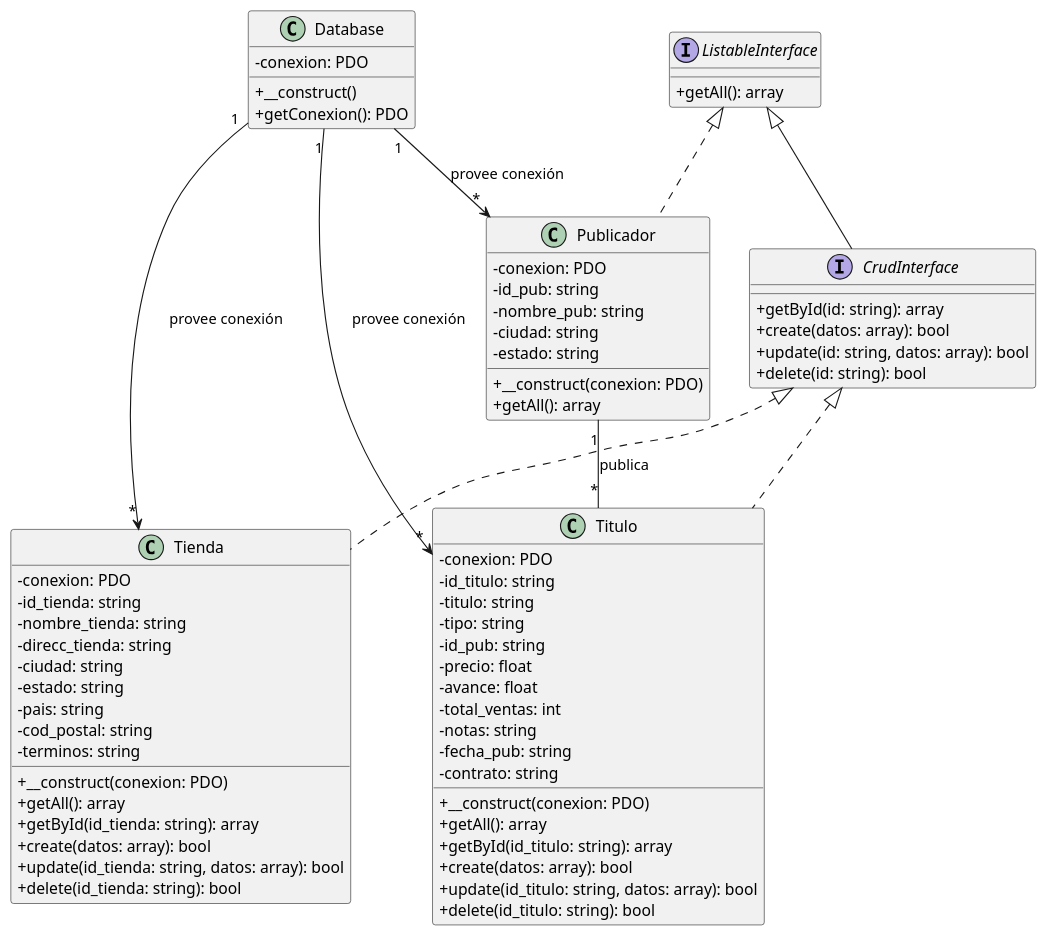
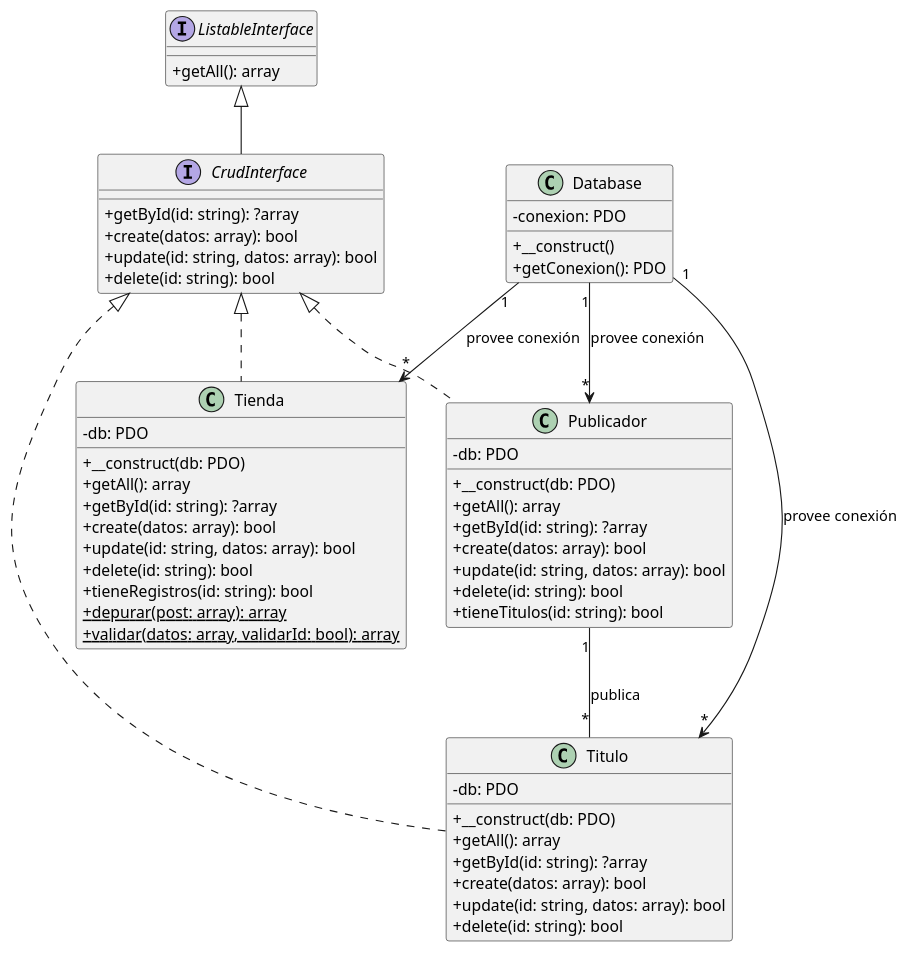
One commit to viloriorosa09-dot/bookmanager changed the diagram in docs/uml/diagrama-clases.puml. Above: the diagram before and after it, drawn with PlantUML.

Commit message:
Refactor class and interface definitions in UML diagram

```diff
--- a/docs/uml/diagrama-clases.puml
+++ b/docs/uml/diagrama-clases.puml
@@ -1,78 +1,64 @@
 @startuml
 skinparam classAttributeIconSize 0
 
 interface ListableInterface {
   +getAll(): array
 }
 
 interface CrudInterface {
-  +getById(id: string): array
+  +getById(id: string): ?array
   +create(datos: array): bool
   +update(id: string, datos: array): bool
   +delete(id: string): bool
 }
 
 class Database {
   -conexion: PDO
   +__construct()
   +getConexion(): PDO
 }
 
 class Tienda {
-  -conexion: PDO
-  -id_tienda: string
-  -nombre_tienda: string
-  -direcc_tienda: string
-  -ciudad: string
-  -estado: string
-  -pais: string
-  -cod_postal: string
-  -terminos: string
-  +__construct(conexion: PDO)
+  -db: PDO
+  +__construct(db: PDO)
   +getAll(): array
-  +getById(id_tienda: string): array
+  +getById(id: string): ?array
   +create(datos: array): bool
-  +update(id_tienda: string, datos: array): bool
-  +delete(id_tienda: string): bool
+  +update(id: string, datos: array): bool
+  +delete(id: string): bool
+  +tieneRegistros(id: string): bool
+  +{static} depurar(post: array): array
+  +{static} validar(datos: array, validarId: bool): array
+}
+
+class Publicador {
+  -db: PDO
+  +__construct(db: PDO)
+  +getAll(): array
+  +getById(id: string): ?array
+  +create(datos: array): bool
+  +update(id: string, datos: array): bool
+  +delete(id: string): bool
+  +tieneTitulos(id: string): bool
 }
 
 class Titulo {
-  -conexion: PDO
-  -id_titulo: string
-  -titulo: string
-  -tipo: string
-  -id_pub: string
-  -precio: float
-  -avance: float
-  -total_ventas: int
-  -notas: string
-  -fecha_pub: string
-  -contrato: string
-  +__construct(conexion: PDO)
+  -db: PDO
+  +__construct(db: PDO)
   +getAll(): array
-  +getById(id_titulo: string): array
+  +getById(id: string): ?array
   +create(datos: array): bool
-  +update(id_titulo: string, datos: array): bool
-  +delete(id_titulo: string): bool
-}
-
-class Publicador {
-  -conexion: PDO
-  -id_pub: string
-  -nombre_pub: string
-  -ciudad: string
-  -estado: string
-  +__construct(conexion: PDO)
-  +getAll(): array
+  +update(id: string, datos: array): bool
+  +delete(id: string): bool
 }
 
 ListableInterface <|-- CrudInterface
 CrudInterface <|.. Tienda
+CrudInterface <|.. Publicador
 CrudInterface <|.. Titulo
-ListableInterface <|.. Publicador
 
 Database "1" --> "*" Tienda : provee conexión
+Database "1" --> "*" Publicador : provee conexión
 Database "1" --> "*" Titulo : provee conexión
-Database "1" --> "*" Publicador : provee conexión
 Publicador "1" -- "*" Titulo : publica
 @enduml
```
